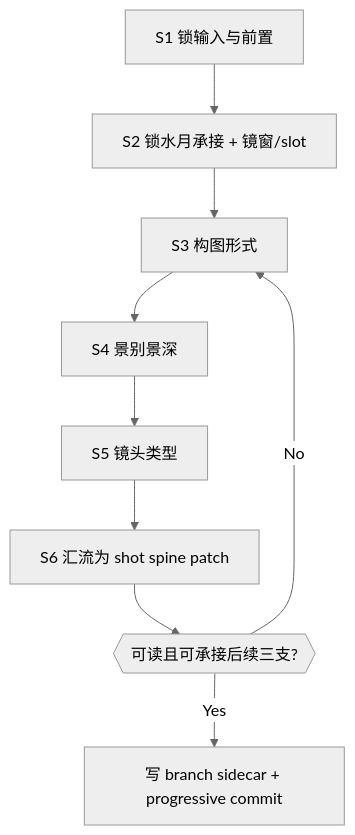
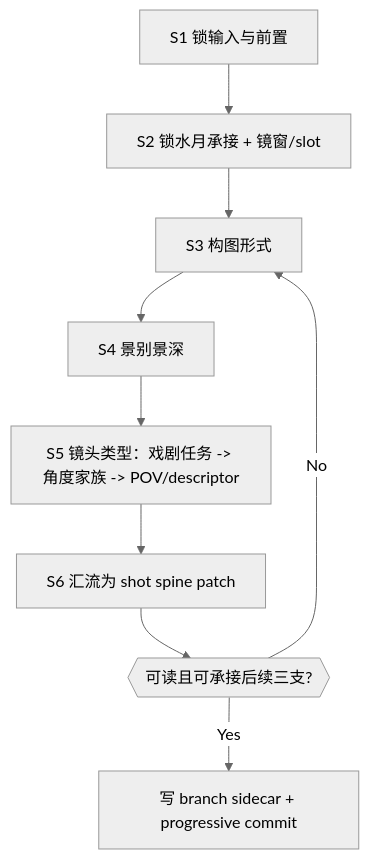
One commit to ZEN-VOID/AI-CUT changed the first of 3 diagrams in .agents/skills/aigc/3-Detail/2-镜花/1-分镜构图/SKILL.md. Above: the diagram before and after it, drawn with Mermaid (neutral theme). The commit also changed other lines of this file and 266 other files, not shown here.

````diff
--- a/.agents/skills/aigc/3-Detail/2-镜花/1-分镜构图/SKILL.md
+++ b/.agents/skills/aigc/3-Detail/2-镜花/1-分镜构图/SKILL.md
@@ -71,11 +72,11 @@
 ```mermaid
 flowchart TD
     A["S1 锁输入与前置"] --> B["S2 锁水月承接 + 镜窗/slot"]
     B --> C["S3 构图形式"]
     C --> D["S4 景别景深"]
-    D --> E["S5 镜头类型"]
+    D --> E["S5 镜头类型：戏剧任务 -> 角度家族 -> POV/descriptor"]
     E --> F["S6 汇流为 shot spine patch"]
     F --> G{{"可读且可承接后续三支?"}}
     G -->|"Yes"| H["写 branch sidecar + progressive commit"]
     G -->|"No"| C
 ```
````
